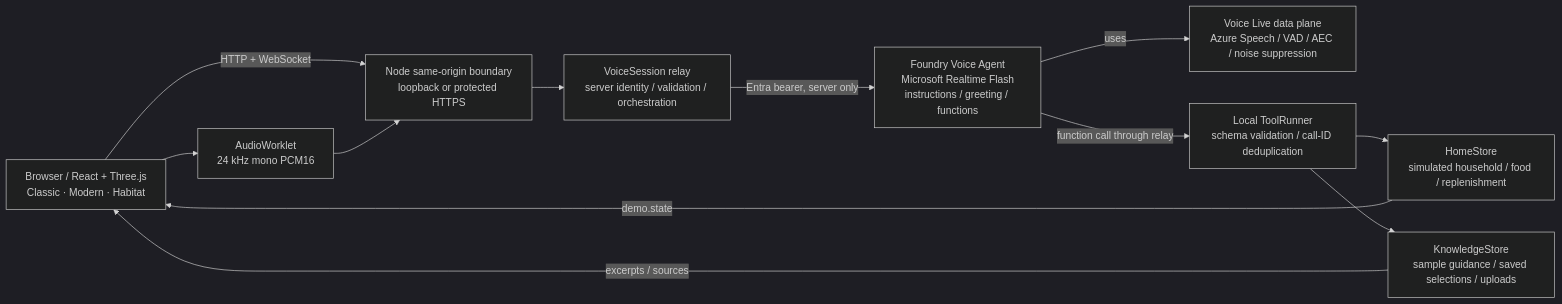
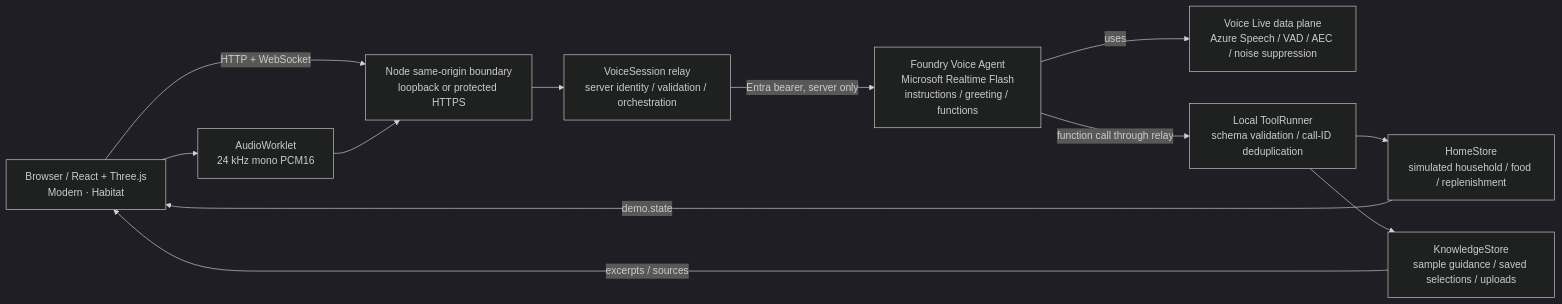
Before and after one commit to ZhaoChaoqun/voice-agent: the first of 4 diagrams in samples/example38_smart_home_appliance_agent/ARCHITECTURE.md, drawn with Mermaid (dark theme). The commit also changed other lines of this file and 85 other files, not shown here.

First line of the commit message:
Remove Classic UI and share Modern/Habitat code

````diff
--- a/samples/example38_smart_home_appliance_agent/ARCHITECTURE.md
+++ b/samples/example38_smart_home_appliance_agent/ARCHITECTURE.md
@@ -11,23 +11,23 @@
 ```mermaid
 flowchart LR
-  Browser["Browser / React + Three.js<br/>Classic · Modern · Habitat"]
+  Browser["Browser / React + Three.js<br/>Modern · Habitat"]
   Audio["AudioWorklet<br/>24 kHz mono PCM16"]
   Boundary["Node same-origin boundary<br/>loopback or protected HTTPS"]
   Relay["VoiceSession relay<br/>server identity / validation / orchestration"]
   Foundry["Foundry Voice Agent<br/>Microsoft Realtime Flash<br/>instructions / greeting / functions"]
   Live["Voice Live data plane<br/>Azure Speech / VAD / AEC / noise suppression"]
   Tools["Local ToolRunner<br/>schema validation / call-ID deduplication"]
   Home["HomeStore<br/>simulated household / food / replenishment"]
   Knowledge["KnowledgeStore<br/>sample guidance / saved selections / uploads"]
   Browser --> Audio
   Browser -->|"HTTP + WebSocket"| Boundary
   Audio --> Boundary
   Boundary --> Relay
   Relay -->|"Entra bearer, server only"| Foundry
   Foundry -->|"uses"| Live
   Foundry -->|"function call through relay"| Tools
   Tools --> Home
   Tools --> Knowledge
   Home -->|"demo.state"| Browser
   Knowledge -->|"excerpts / sources"| Browser
 ```
````
